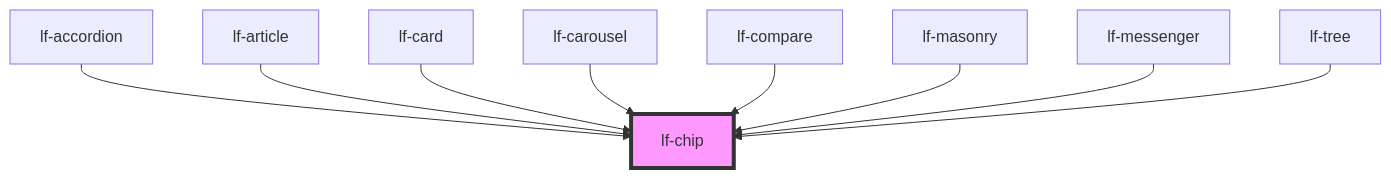
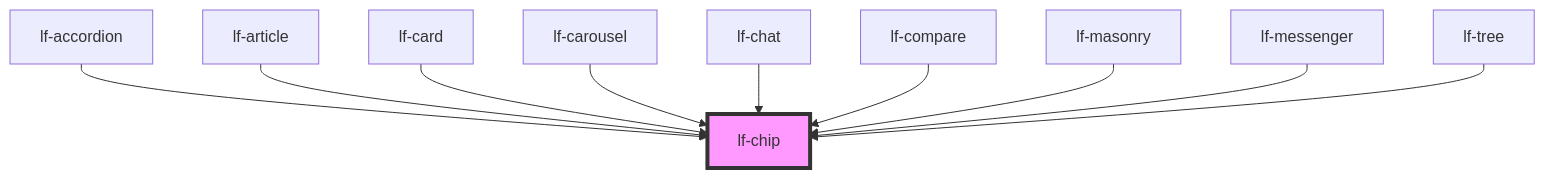
The diagram in packages/core/src/components/lf-chip/readme.md (lucafoscili/lf-widgets), drawn with Mermaid before and after one commit. The commit also changed other lines of this file and 17 other files, not shown here.

````diff
--- a/packages/core/src/components/lf-chip/readme.md
+++ b/packages/core/src/components/lf-chip/readme.md
@@ -147,12 +148,13 @@
 ```mermaid
 graph TD;
   lf-accordion --> lf-chip
   lf-article --> lf-chip
   lf-card --> lf-chip
   lf-carousel --> lf-chip
+  lf-chat --> lf-chip
   lf-compare --> lf-chip
   lf-masonry --> lf-chip
   lf-messenger --> lf-chip
   lf-tree --> lf-chip
   style lf-chip fill:#f9f,stroke:#333,stroke-width:4px
 ```
````
